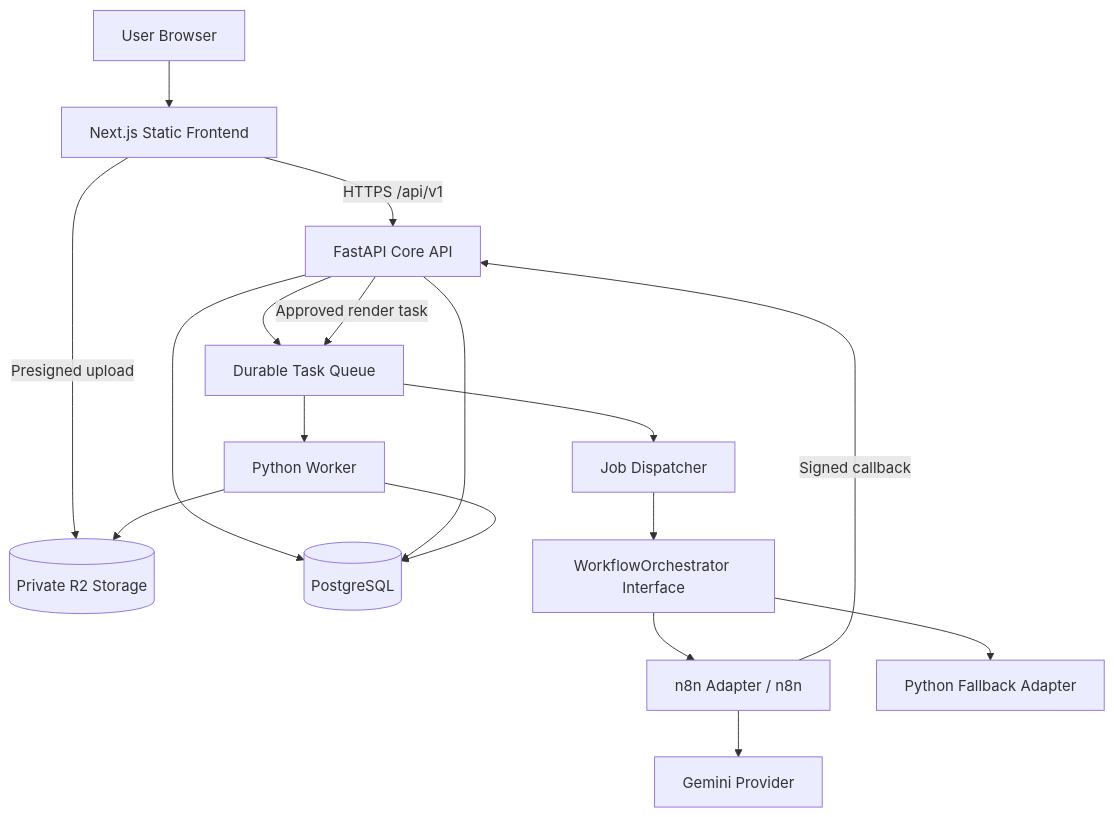
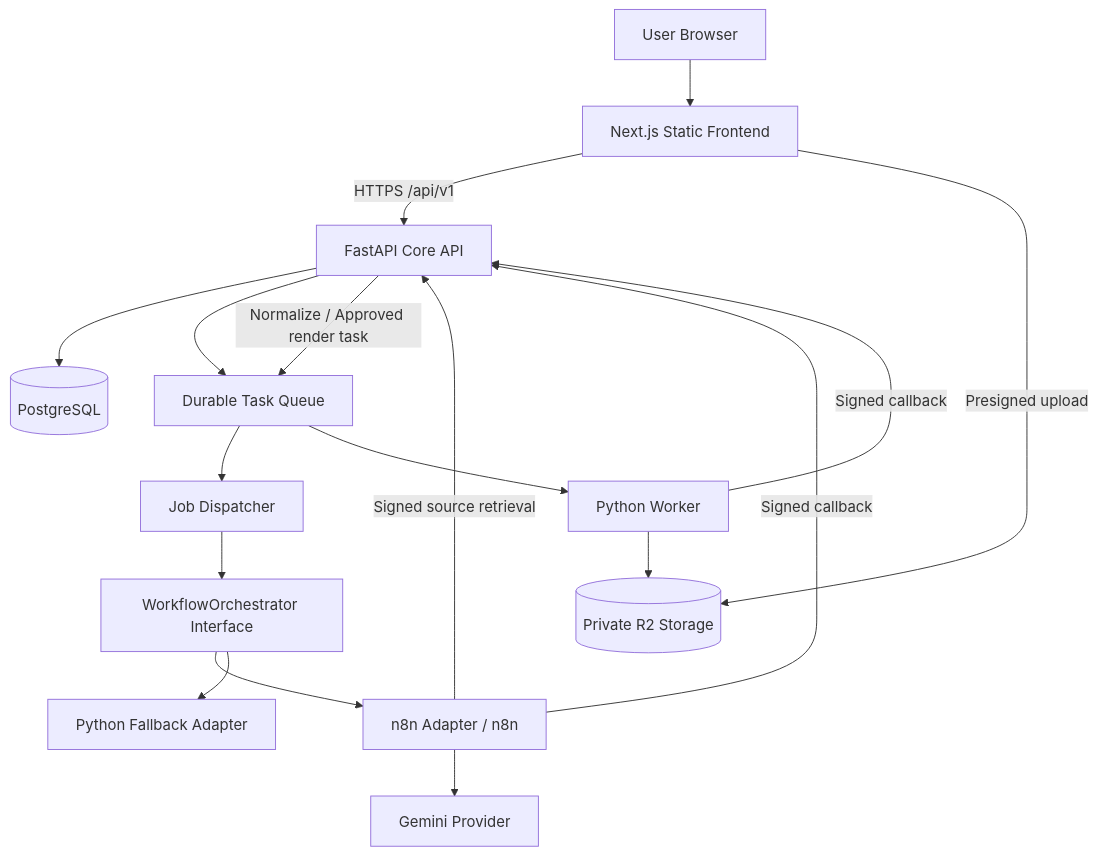
One commit to SaktiArifDwiPutra/document-saas changed the first of 3 diagrams in docs/SYSTEM_ARCHITECTURE.md. Above: the diagram before and after it, drawn with Mermaid. The commit also changed other lines of this file and 7 other files, not shown here.

````diff
--- a/docs/SYSTEM_ARCHITECTURE.md
+++ b/docs/SYSTEM_ARCHITECTURE.md
@@ -19,19 +19,19 @@
 ``` mermaid
 flowchart TD
     U[User Browser] --> FE[Next.js Static Frontend]
     FE -->|HTTPS /api/v1| API[FastAPI Core API]
     FE -->|Presigned upload| R2[(Private R2 Storage)]
     API --> DB[(PostgreSQL)]
     API --> Q[Durable Task Queue]
     Q --> DISP[Job Dispatcher]
     DISP --> ORCH[WorkflowOrchestrator Interface]
     ORCH --> N8N[n8n Adapter / n8n]
     ORCH --> PY[Python Fallback Adapter]
+    N8N -->|Signed source retrieval| API
     N8N --> GEM[Gemini Provider]
     N8N -->|Signed callback| API
-    API --> DB
-    API -->|Approved render task| Q
+    API -->|Normalize / Approved render task| Q
     Q --> WORKER[Python Worker]
     WORKER --> R2
-    WORKER --> DB
+    WORKER -->|Signed callback| API
 ```
````
